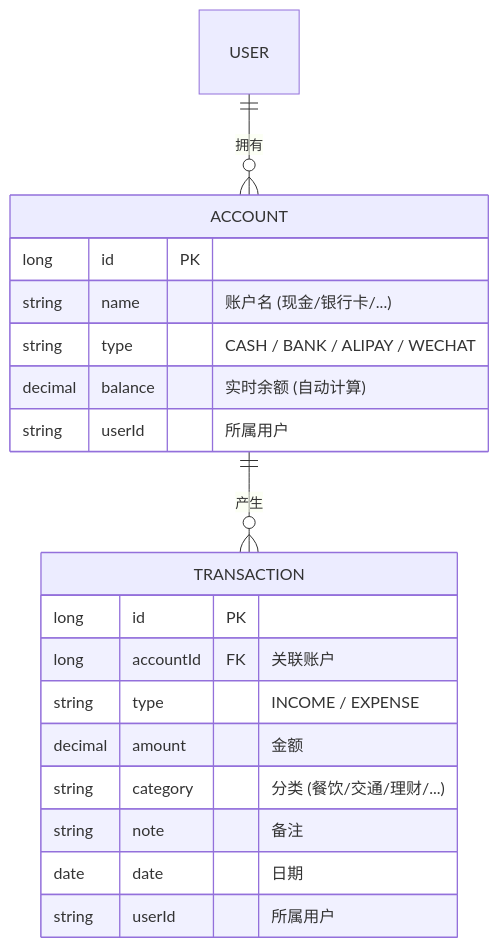
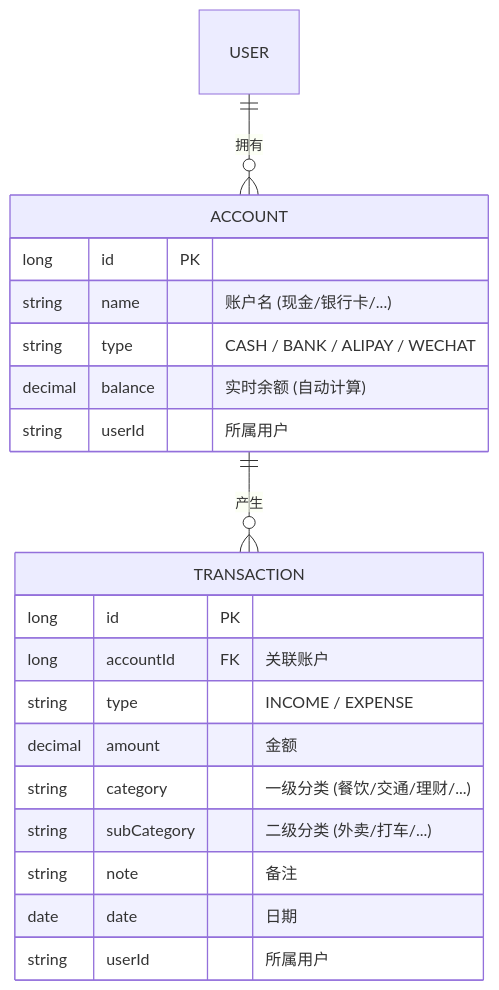
One commit to reallyhwc/test-learn-agent changed the third of 4 diagrams in README.md. Above: the diagram before and after it, drawn with Mermaid. The commit also changed other lines of this file and 2 other files, not shown here.

````diff
--- a/README.md
+++ b/README.md
@@ -134,24 +164,25 @@
 ```mermaid
 erDiagram
     USER ||--o{ ACCOUNT : "拥有"
     ACCOUNT ||--o{ TRANSACTION : "产生"
-    
+
     ACCOUNT {
         long id PK
         string name "账户名 (现金/银行卡/...)"
         string type "CASH / BANK / ALIPAY / WECHAT"
         decimal balance "实时余额 (自动计算)"
         string userId "所属用户"
     }
-    
+
     TRANSACTION {
         long id PK
         long accountId FK "关联账户"
         string type "INCOME / EXPENSE"
         decimal amount "金额"
-        string category "分类 (餐饮/交通/理财/...)"
+        string category "一级分类 (餐饮/交通/理财/...)"
+        string subCategory "二级分类 (外卖/打车/...)"
         string note "备注"
         date date "日期"
         string userId "所属用户"
     }
 ```
````
